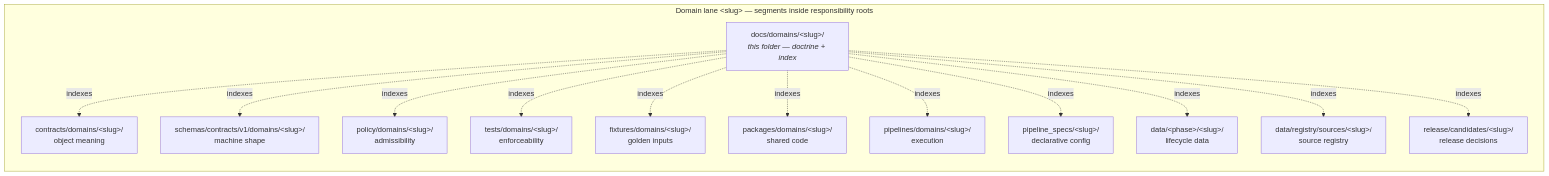
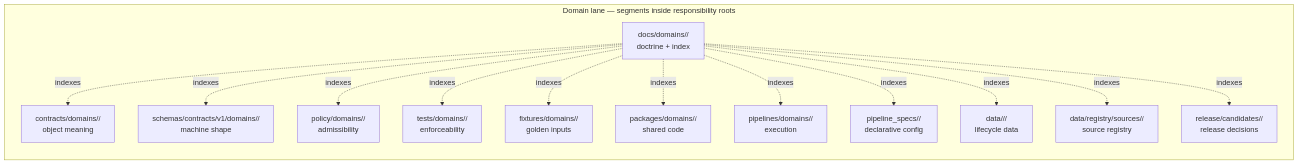
Before and after one commit to bartytime4life/Kansas-Frontier-Matrix: the first of 2 diagrams in docs/domains/README.md, drawn with Mermaid. The commit also changed other lines of this file, not shown here.

````diff
--- a/docs/domains/README.md
+++ b/docs/domains/README.md
@@ -124,30 +200,30 @@
 ```mermaid
 flowchart LR
-  subgraph LANE["Domain lane &lt;slug&gt; — segments inside responsibility roots"]
+  subgraph LANE["Domain lane <slug> — segments inside responsibility roots"]
     direction TB
-    DOCS["docs/domains/&lt;slug&gt;/<br/><i>this folder — doctrine + index</i>"]
-    CONTRACTS["contracts/domains/&lt;slug&gt;/<br/>object meaning"]
-    SCHEMAS["schemas/contracts/v1/domains/&lt;slug&gt;/<br/>machine shape"]
-    POLICY["policy/domains/&lt;slug&gt;/<br/>admissibility"]
-    TESTS["tests/domains/&lt;slug&gt;/<br/>enforceability"]
-    FIXTURES["fixtures/domains/&lt;slug&gt;/<br/>golden inputs"]
-    PACKAGES["packages/domains/&lt;slug&gt;/<br/>shared code"]
-    PIPELINES["pipelines/domains/&lt;slug&gt;/<br/>execution"]
-    PSPECS["pipeline_specs/&lt;slug&gt;/<br/>declarative config"]
-    DATA["data/&lt;phase&gt;/&lt;slug&gt;/<br/>lifecycle data"]
-    REGISTRY["data/registry/sources/&lt;slug&gt;/<br/>source registry"]
-    RELEASE["release/candidates/&lt;slug&gt;/<br/>release decisions"]
+    DOCS["docs/domains/<slug>/<br/>doctrine + index"]
+    CONTRACTS["contracts/domains/<slug>/<br/>object meaning"]
+    SCHEMAS["schemas/contracts/v1/domains/<slug>/<br/>machine shape"]
+    POLICY["policy/domains/<slug>/<br/>admissibility"]
+    TESTS["tests/domains/<slug>/<br/>enforceability"]
+    FIXTURES["fixtures/domains/<slug>/<br/>golden inputs"]
+    PACKAGES["packages/domains/<slug>/<br/>shared code"]
+    PIPELINES["pipelines/domains/<slug>/<br/>execution"]
+    PSPECS["pipeline_specs/<slug>/<br/>declarative config"]
+    DATA["data/<phase>/<slug>/<br/>lifecycle data"]
+    REGISTRY["data/registry/sources/<slug>/<br/>source registry"]
+    RELEASE["release/candidates/<slug>/<br/>release decisions"]
   end
 
   DOCS -. indexes .-> CONTRACTS
   DOCS -. indexes .-> SCHEMAS
   DOCS -. indexes .-> POLICY
   DOCS -. indexes .-> TESTS
   DOCS -. indexes .-> FIXTURES
   DOCS -. indexes .-> PACKAGES
   DOCS -. indexes .-> PIPELINES
   DOCS -. indexes .-> PSPECS
   DOCS -. indexes .-> DATA
   DOCS -. indexes .-> REGISTRY
   DOCS -. indexes .-> RELEASE
 ```
````
